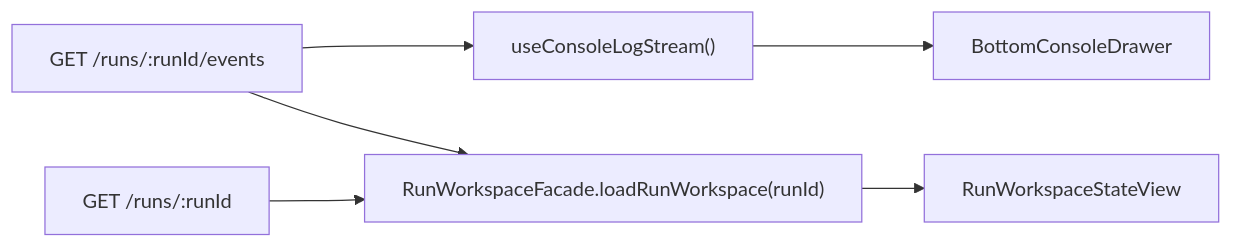
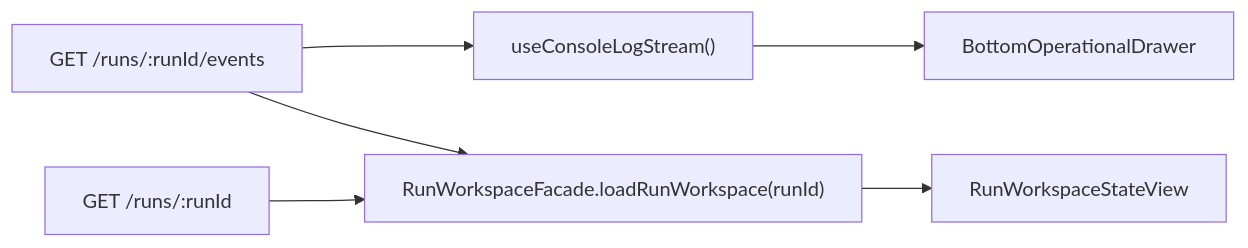
One commit to dunay2/dvt changed the third of 9 diagrams in docs/architecture/components/web/runs/frontend-runtime-contract-technical-manual.md. Above: the diagram before and after it, drawn with Mermaid. The commit also changed other lines of this file and 43 other files, not shown here.

Commit message:
refactor(web): Canonicalize bottom operational drawer

````diff
--- a/docs/architecture/components/web/runs/frontend-runtime-contract-technical-manual.md
+++ b/docs/architecture/components/web/runs/frontend-runtime-contract-technical-manual.md
@@ -126,8 +126,8 @@
 ```mermaid
 flowchart LR
   Events["GET /runs/:runId/events"] --> DrawerHook["useConsoleLogStream()"]
   Events --> Facade["RunWorkspaceFacade.loadRunWorkspace(runId)"]
   Snapshot["GET /runs/:runId"] --> Facade
-  DrawerHook --> Drawer["BottomConsoleDrawer"]
+  DrawerHook --> Drawer["BottomOperationalDrawer"]
   Facade --> Runs["RunWorkspaceStateView"]
 ```
````
